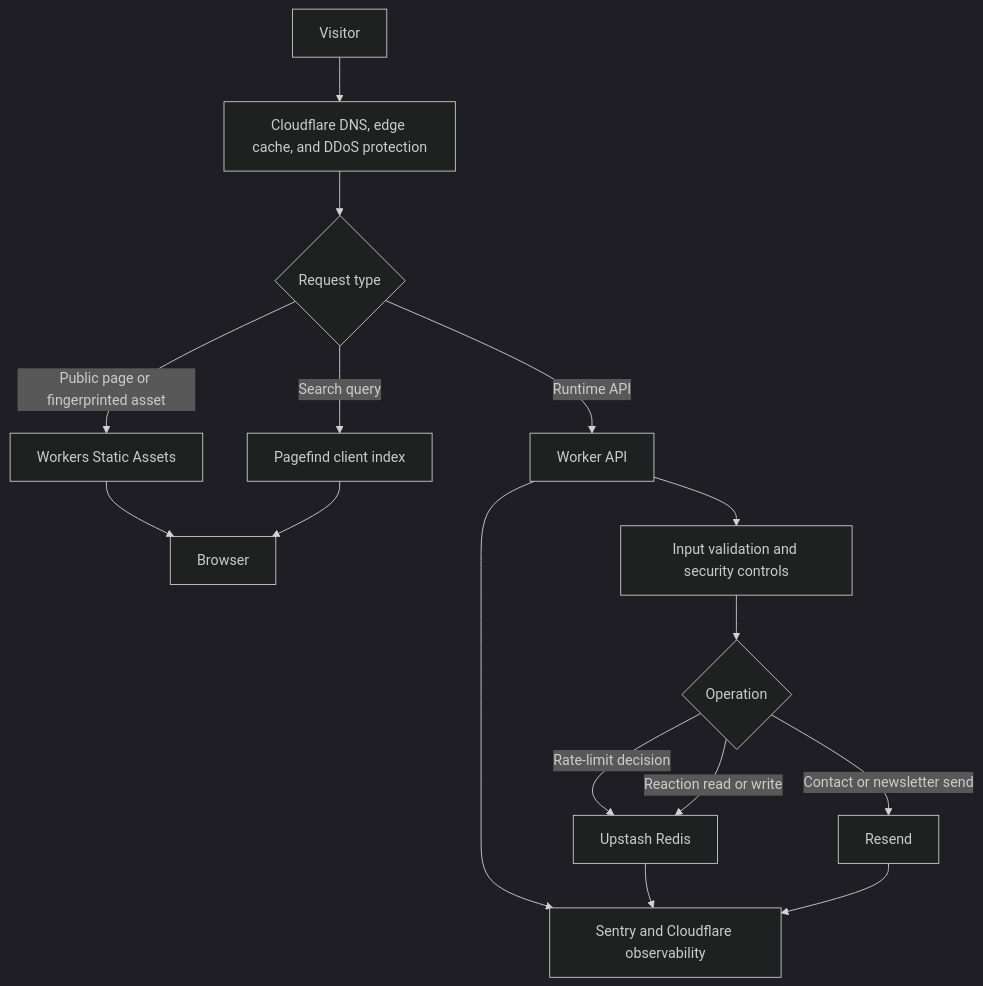
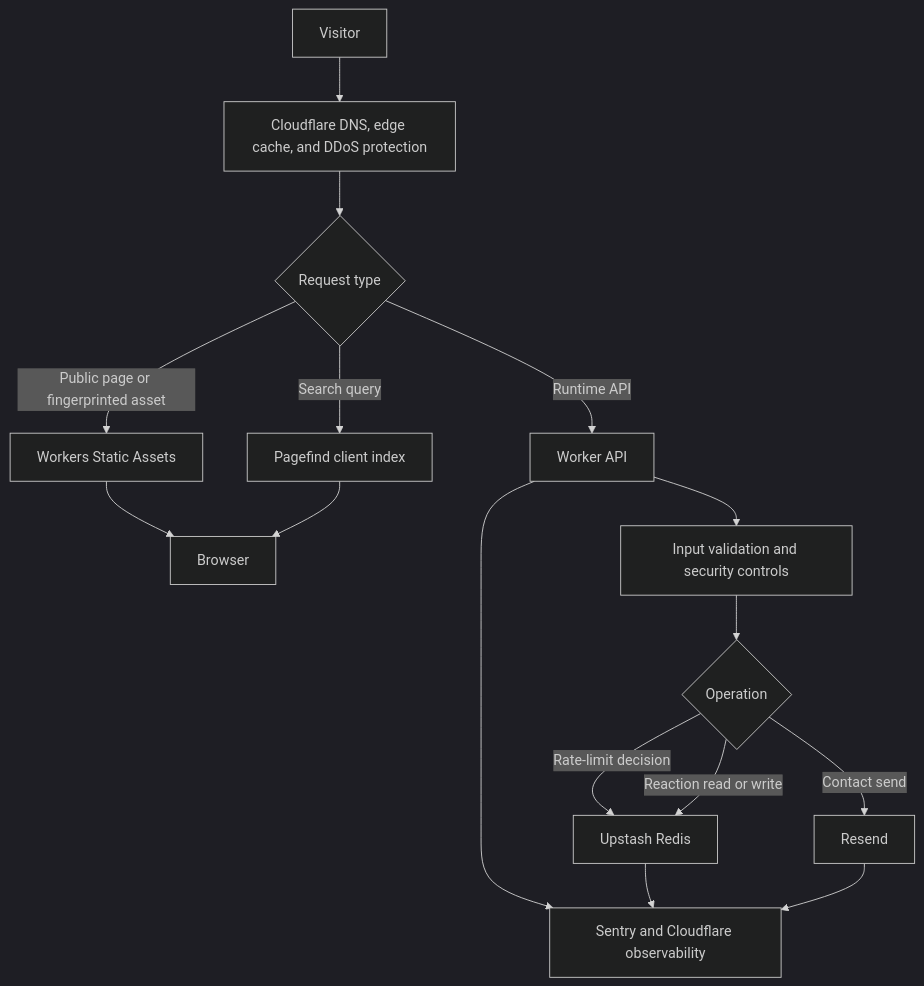
One commit to piyush97/PiyushMehta.com changed the fourth of 5 diagrams in docs/architecture/system-architecture.md. Above: the diagram before and after it, drawn with Mermaid (dark theme). The commit also changed other lines of this file and 53 other files, not shown here.

````diff
--- a/docs/architecture/system-architecture.md
+++ b/docs/architecture/system-architecture.md
@@ -186,23 +178,23 @@
 ```mermaid
 flowchart TB
   A[Visitor] --> B[Cloudflare DNS, edge cache, and DDoS protection]
   B --> C{Request type}
 
   C -->|Public page or fingerprinted asset| D[Workers Static Assets]
   C -->|Runtime API| E[Worker API]
   C -->|Search query| F[Pagefind client index]
 
   D --> G[Browser]
   F --> G
 
   E --> H[Input validation and security controls]
   H --> I{Operation}
 
   I -->|Rate-limit decision| J[Upstash Redis]
   I -->|Reaction read or write| J
-  I -->|Contact or newsletter send| K[Resend]
+  I -->|Contact send| K[Resend]
 
   E --> L[Sentry and Cloudflare observability]
   J --> L
   K --> L
 ```
````
